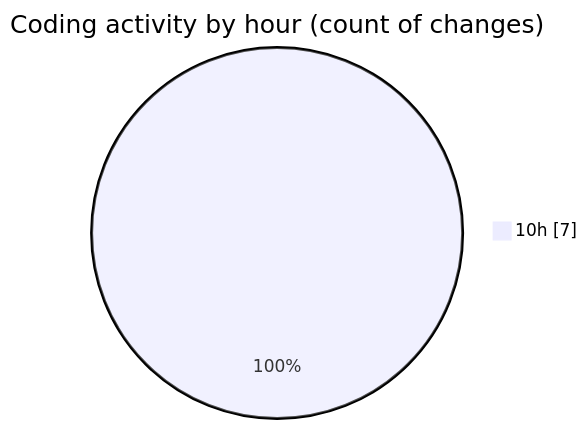
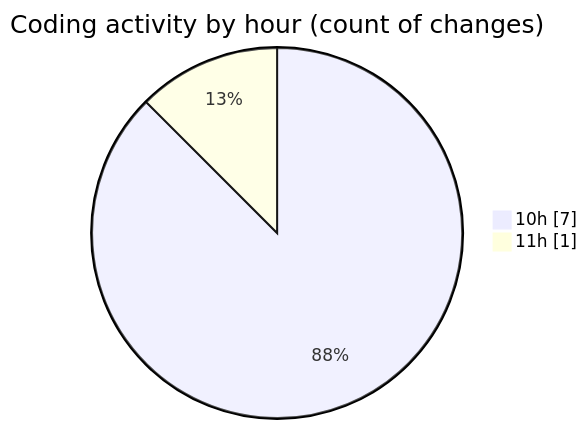
One commit to trdunsworth/code-tracking changed the second of 2 diagrams in 2025-04-24/synth_911data_gen/README.md. Above: the diagram before and after it, drawn with Mermaid. The commit also changed other lines of this file and 1 other file, not shown here.

````diff
--- a/2025-04-24/synth_911data_gen/README.md
+++ b/2025-04-24/synth_911data_gen/README.md
@@ -31,5 +31,6 @@
 ```mermaid
 pie showData
 title Coding activity by hour (count of changes)
 "10h" : 7
+"11h" : 1
 ```
````
